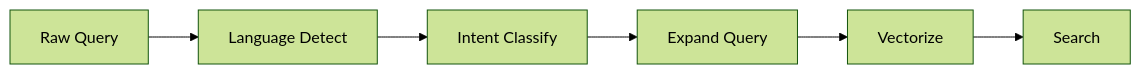
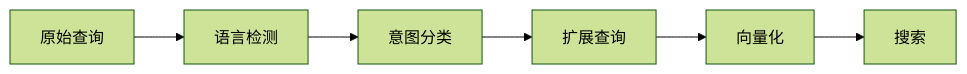
Before and after one commit to stars-labs/ai-driven-customer-service: the third of 4 diagrams in i18n/zh/docusaurus-plugin-content-docs/current/07-rag-architecture.md, drawn with Mermaid (forest theme). The commit also changed other lines of this file and 15 other files, not shown here.

````diff
--- a/i18n/zh/docusaurus-plugin-content-docs/current/07-rag-architecture.md
+++ b/i18n/zh/docusaurus-plugin-content-docs/current/07-rag-architecture.md
@@ -133,8 +133,8 @@
 ```mermaid
 flowchart LR
-    Q[Raw Query] --> L[Language Detect]
-    L --> I[Intent Classify]
-    I --> E[Expand Query]
-    E --> V[Vectorize]
-    V --> S[Search]
+    Q[原始查询] --> L[语言检测]
+    L --> I[意图分类]
+    I --> E[扩展查询]
+    E --> V[向量化]
+    V --> S[搜索]
 ```
````
